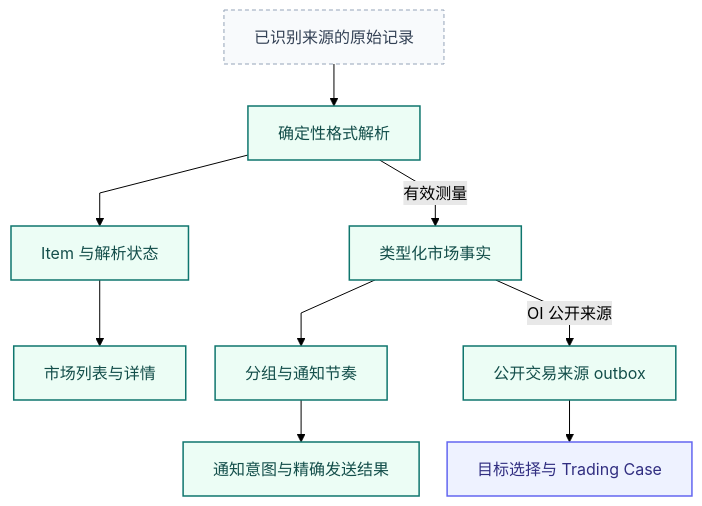
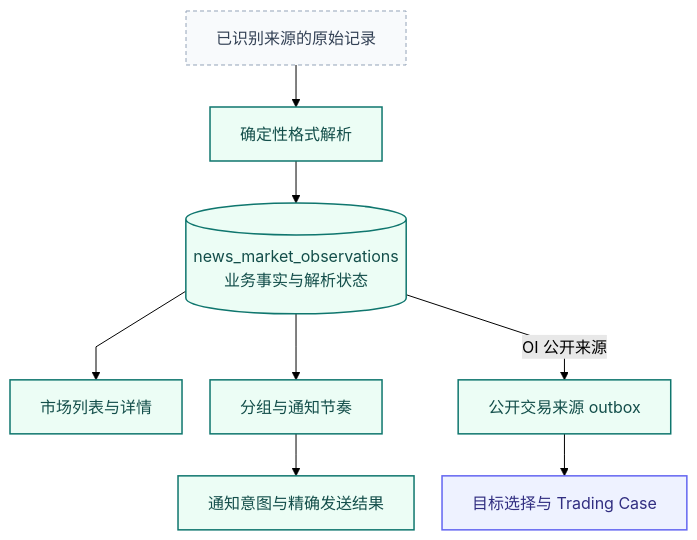
Before and after one commit to AnalyThothAI/tracefold: the first of 3 diagrams in docs/modules/oi.md, drawn with Mermaid (forest theme). The commit also changed other lines of this file and 120 other files, not shown here.

Commit message:
refactor(news): #764 P1 market observations and typed collectors

````diff
--- a/docs/modules/oi.md
+++ b/docs/modules/oi.md
@@ -35,30 +35,29 @@
 ```mermaid
 ---
 config:
   fontFamily: "system-ui, Noto Sans CJK SC, Microsoft YaHei, WenQuanYi Zen Hei, sans-serif"
   flowchart:
     curve: linear
     nodeSpacing: 28
     rankSpacing: 42
 ---
 flowchart TB
     accTitle: 市场观察的两个消费者
-    accDescr: 确定性解析保存 Item 与有效类型化事实。页面和分组通知读取市场事实；仅对应的公开 OI 来源进入交易研究。
+    accDescr: 确定性解析保存不可变市场观测及其解析状态。页面和分组通知读取市场事实；仅对应的公开 OI 来源进入交易研究。
     Frame["已识别来源的原始记录"] --> Parse["确定性格式解析"]
-    Parse --> Item["Item 与解析状态"]
-    Parse -->|"有效测量"| Fact["类型化市场事实"]
-    Item --> API["市场列表与详情"]
+    Parse --> Fact[("news_market_observations<br/>业务事实与解析状态")]
+    Fact --> API["市场列表与详情"]
     Fact --> Group["分组与通知节奏"]
     Group --> Intent["通知意图与精确发送结果"]
     Fact -->|"OI 公开来源"| Outbox["公开交易来源 outbox"]
     Outbox --> Analysis["目标选择与 Trading Case"]
 
     classDef news fill:#ecfdf5,stroke:#0f766e,color:#134e4a,stroke-width:1.5px
     classDef research fill:#eef2ff,stroke:#6366f1,color:#312e81,stroke-width:1.5px
     classDef execution fill:#fff7ed,stroke:#c2410c,color:#7c2d12,stroke-width:1.5px
     classDef store fill:#f1f5f9,stroke:#64748b,color:#1e293b,stroke-width:1.5px
     classDef external fill:#f8fafc,stroke:#94a3b8,color:#334155,stroke-dasharray:4 3
 class Frame external;
-class Parse,Item,Fact,API,Group,Intent,Outbox news;
+class Parse,Fact,API,Group,Intent,Outbox news;
 class Analysis research;
 ```
````
